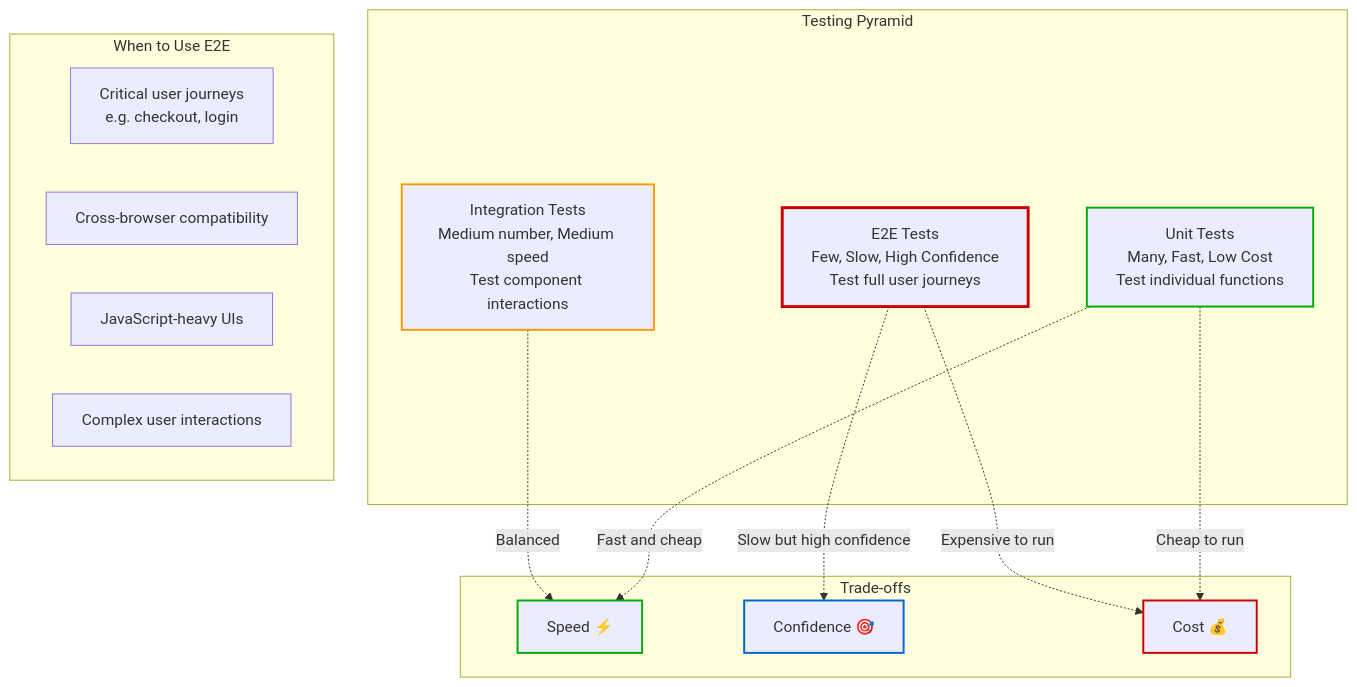
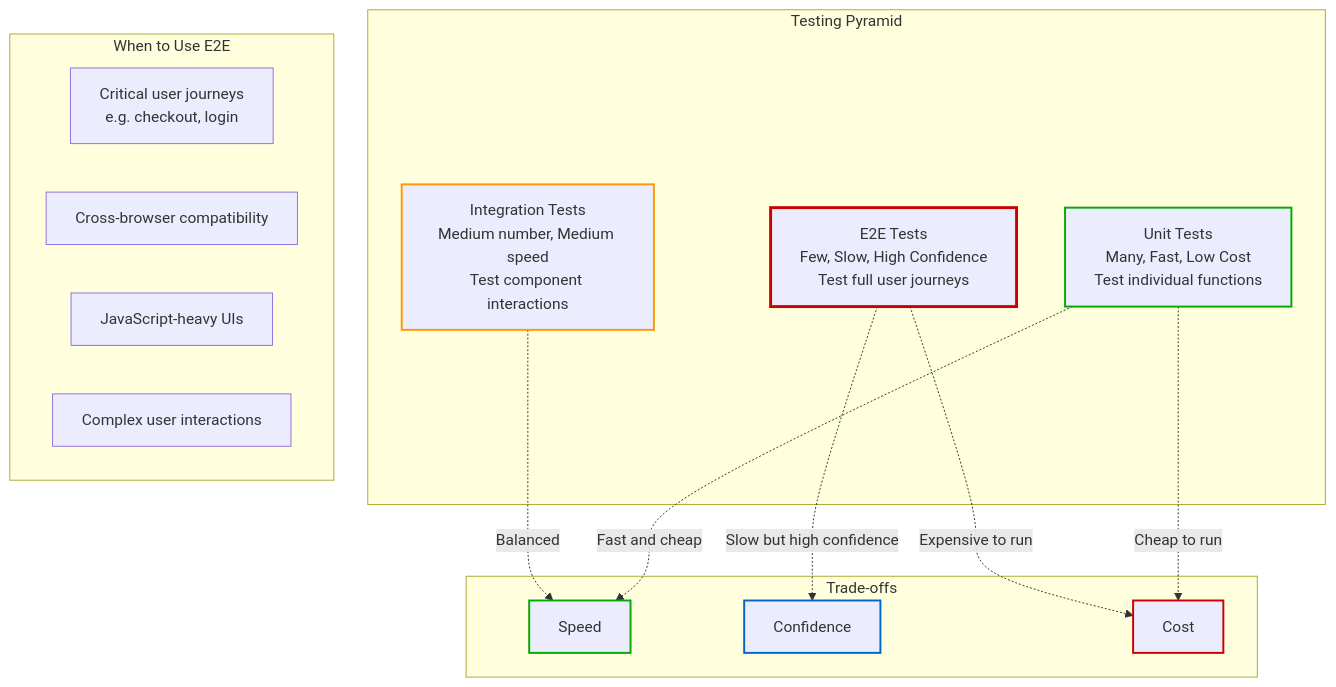
One commit to Shaddix/mostlylucidweb changed the second of 4 diagrams in Mostlylucid/Markdown/puppeteersharp-e2e-testing.md. Above: the diagram before and after it, drawn with Mermaid.

Commit message:
fix: remove emoticons from mermaid diagram

````diff
--- a/Mostlylucid/Markdown/puppeteersharp-e2e-testing.md
+++ b/Mostlylucid/Markdown/puppeteersharp-e2e-testing.md
@@ -44,35 +44,35 @@
 ```mermaid
 graph TB
     subgraph "Testing Pyramid"
         E2E[E2E Tests<br/>Few, Slow, High Confidence<br/>Test full user journeys]
         INT[Integration Tests<br/>Medium number, Medium speed<br/>Test component interactions]
         UNIT[Unit Tests<br/>Many, Fast, Low Cost<br/>Test individual functions]
     end
 
     subgraph "Trade-offs"
-        SPEED[Speed ⚡]
-        CONF[Confidence 🎯]
-        COST[Cost 💰]
+        SPEED[Speed]
+        CONF[Confidence]
+        COST[Cost]
     end
 
     subgraph "When to Use E2E"
         W1[Critical user journeys<br/>e.g. checkout, login]
         W2[Cross-browser compatibility]
         W3[JavaScript-heavy UIs]
         W4[Complex user interactions]
     end
 
     E2E -.->|Slow but high confidence| CONF
     INT -.->|Balanced| SPEED
     UNIT -.->|Fast and cheap| SPEED
 
     E2E -.->|Expensive to run| COST
     UNIT -.->|Cheap to run| COST
 
     style E2E stroke:#cc0000,stroke-width:3px
     style INT stroke:#ff9900,stroke-width:2px
     style UNIT stroke:#00aa00,stroke-width:2px
     style CONF stroke:#0066cc,stroke-width:2px
     style SPEED stroke:#00aa00,stroke-width:2px
     style COST stroke:#cc0000,stroke-width:2px
 ```
````
